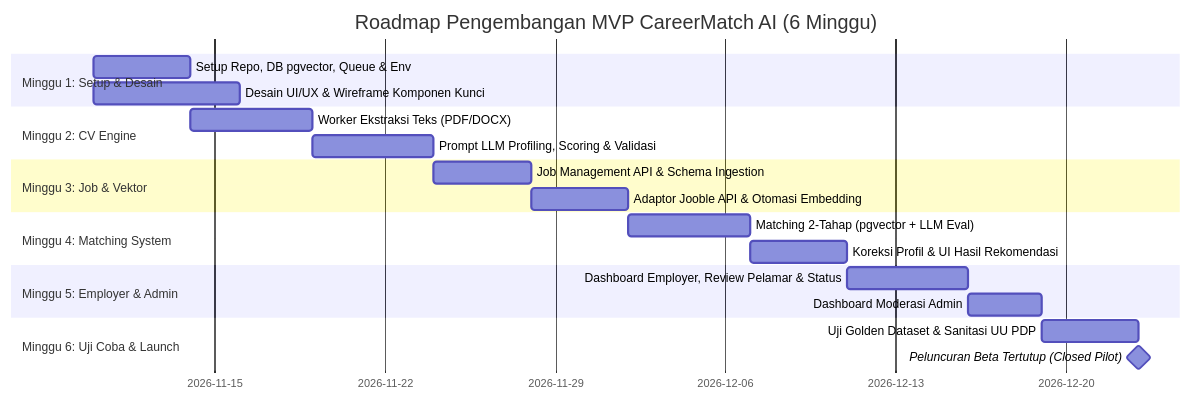
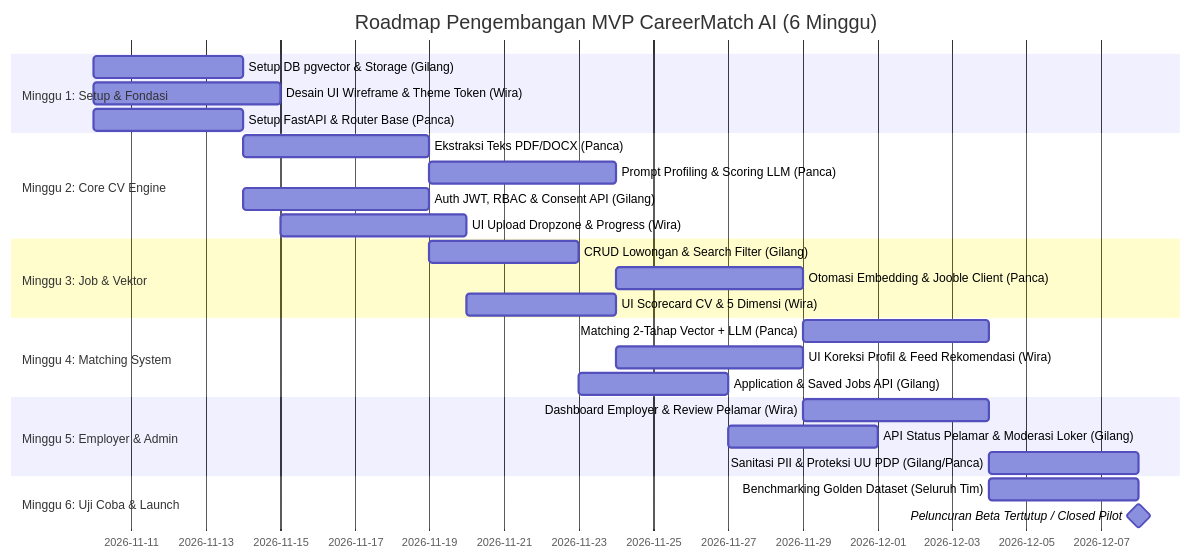
The diagram in docs/tasks.md (DanuZen/Technopreuneur-), drawn with Mermaid before and after one commit. The commit also changed other lines of this file, not shown here.

````diff
--- a/docs/tasks.md
+++ b/docs/tasks.md
@@ -49,23 +59,29 @@
 ```mermaid
 gantt
     title Roadmap Pengembangan MVP CareerMatch AI (6 Minggu)
     dateFormat  YYYY-MM-DD
-    section Minggu 1: Setup & Desain
-    Setup Repo, DB pgvector, Queue & Env        :w1_1, 2026-11-10, 4d
-    Desain UI/UX & Wireframe Komponen Kunci     :w1_2, 2026-11-10, 6d
-    section Minggu 2: CV Engine
-    Worker Ekstraksi Teks (PDF/DOCX)            :w2_1, after w1_1, 5d
-    Prompt LLM Profiling, Scoring & Validasi    :w2_2, after w2_1, 5d
+    section Minggu 1: Setup & Fondasi
+    Setup DB pgvector & Storage (Gilang)        :w1_1, 2026-11-10, 4d
+    Desain UI Wireframe & Theme Token (Wira)    :w1_2, 2026-11-10, 5d
+    Setup FastAPI & Router Base (Panca)         :w1_3, 2026-11-10, 4d
+    section Minggu 2: Core CV Engine
+    Ekstraksi Teks PDF/DOCX (Panca)             :w2_1, after w1_3, 5d
+    Prompt Profiling & Scoring LLM (Panca)      :w2_2, after w2_1, 5d
+    Auth JWT, RBAC & Consent API (Gilang)       :w2_3, after w1_1, 5d
+    UI Upload Dropzone & Progress (Wira)        :w2_4, after w1_2, 5d
     section Minggu 3: Job & Vektor
-    Job Management API & Schema Ingestion       :w3_1, after w2_2, 4d
-    Adaptor Jooble API & Otomasi Embedding      :w3_2, after w3_1, 4d
+    CRUD Lowongan & Search Filter (Gilang)      :w3_1, after w2_3, 4d
+    Otomasi Embedding & Jooble Client (Panca)   :w3_2, after w2_2, 5d
+    UI Scorecard CV & 5 Dimensi (Wira)          :w3_3, after w2_4, 4d
     section Minggu 4: Matching System
-    Matching 2-Tahap (pgvector + LLM Eval)      :w4_1, after w3_2, 5d
-    Koreksi Profil & UI Hasil Rekomendasi       :w4_2, after w4_1, 4d
+    Matching 2-Tahap Vector + LLM (Panca)       :w4_1, after w3_2, 5d
+    UI Koreksi Profil & Feed Rekomendasi (Wira) :w4_2, after w3_3, 5d
+    Application & Saved Jobs API (Gilang)       :w4_3, after w3_1, 4d
     section Minggu 5: Employer & Admin
-    Dashboard Employer, Review Pelamar & Status :w5_1, after w4_2, 5d
-    Dashboard Moderasi Admin                    :w5_2, after w5_1, 3d
+    Dashboard Employer & Review Pelamar (Wira)  :w5_1, after w4_2, 5d
+    API Status Pelamar & Moderasi Loker (Gilang):w5_2, after w4_3, 4d
+    Sanitasi PII & Proteksi UU PDP (Gilang/Panca):w5_3, after w4_1, 4d
     section Minggu 6: Uji Coba & Launch
-    Uji Golden Dataset & Sanitasi UU PDP        :w6_1, after w5_2, 4d
-    Peluncuran Beta Tertutup (Closed Pilot)     :milestone, after w6_1, 0d
+    Benchmarking Golden Dataset (Seluruh Tim)   :w6_1, after w5_1, 4d
+    Peluncuran Beta Tertutup / Closed Pilot     :milestone, after w6_1, 0d
 ```
````
